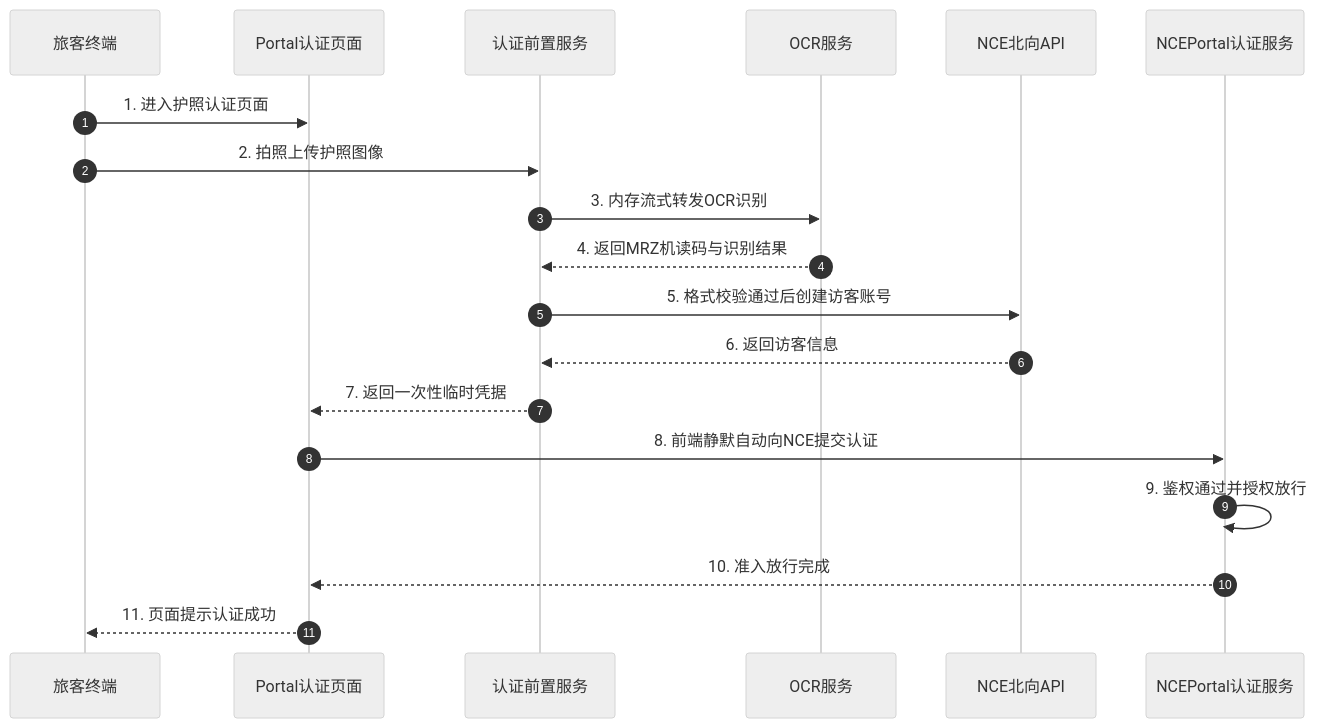
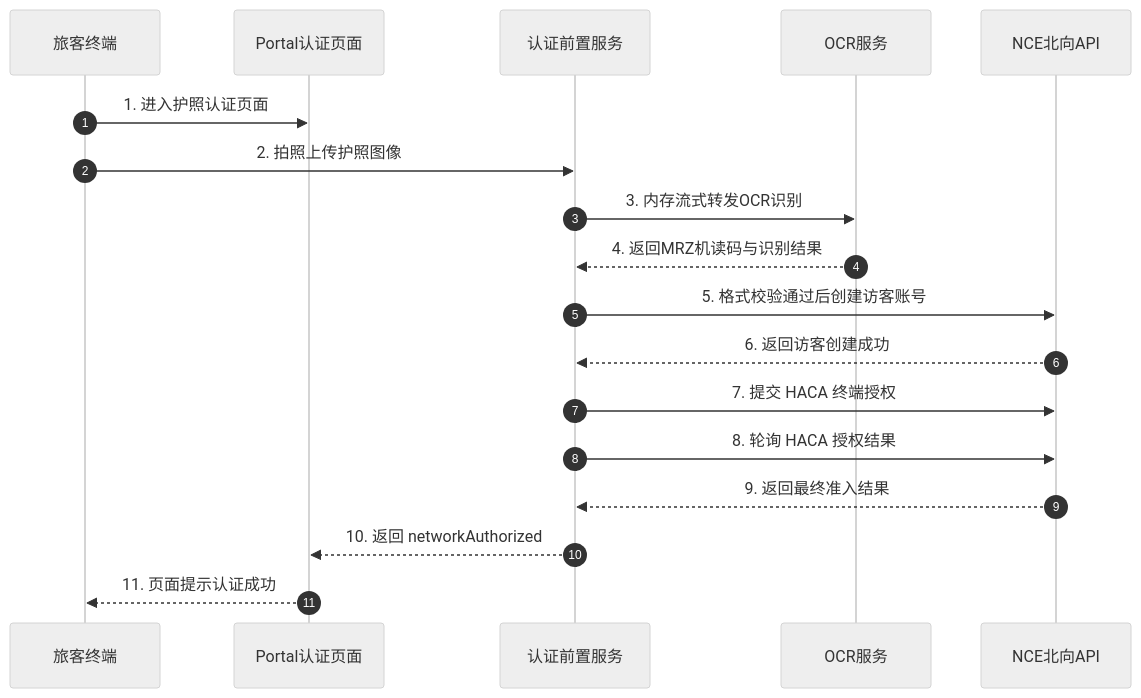
One commit to KoshiroPeng/vue-fastapi-admin changed the seventh of 9 diagrams in doc/深圳机场WiFi多方式认证系统详细设计说明书.md. Above: the diagram before and after it, drawn with Mermaid (neutral theme). The commit also changed other lines of this file and 3 other files, not shown here.

````diff
--- a/doc/深圳机场WiFi多方式认证系统详细设计说明书.md
+++ b/doc/深圳机场WiFi多方式认证系统详细设计说明书.md
@@ -359,15 +360,15 @@
 ```mermaid
 sequenceDiagram
     autonumber
     旅客终端->>Portal认证页面: 1. 进入护照认证页面
     旅客终端->>认证前置服务: 2. 拍照上传护照图像
     认证前置服务->>OCR服务: 3. 内存流式转发OCR识别
     OCR服务-->>认证前置服务: 4. 返回MRZ机读码与识别结果
     认证前置服务->>NCE北向API: 5. 格式校验通过后创建访客账号
-    NCE北向API-->>认证前置服务: 6. 返回访客信息
-    认证前置服务-->>Portal认证页面: 7. 返回一次性临时凭据
-    Portal认证页面->>NCEPortal认证服务: 8. 前端静默自动向NCE提交认证
-    NCEPortal认证服务->>NCEPortal认证服务: 9. 鉴权通过并授权放行
-    NCEPortal认证服务-->>Portal认证页面: 10. 准入放行完成
+    NCE北向API-->>认证前置服务: 6. 返回访客创建成功
+    认证前置服务->>NCE北向API: 7. 提交 HACA 终端授权
+    认证前置服务->>NCE北向API: 8. 轮询 HACA 授权结果
+    NCE北向API-->>认证前置服务: 9. 返回最终准入结果
+    认证前置服务-->>Portal认证页面: 10. 返回 networkAuthorized
     Portal认证页面-->>旅客终端: 11. 页面提示认证成功
 ```
````
